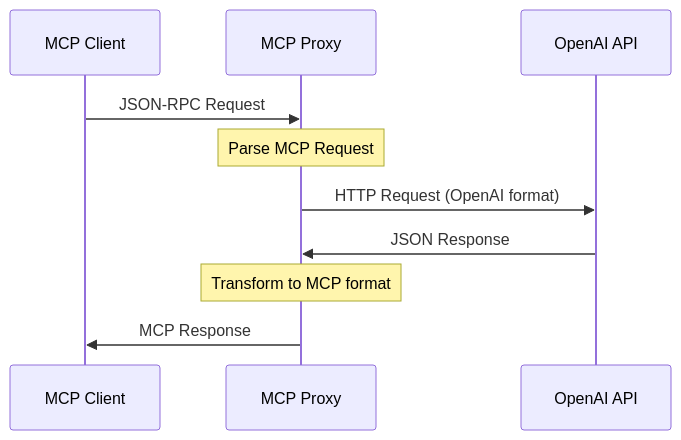
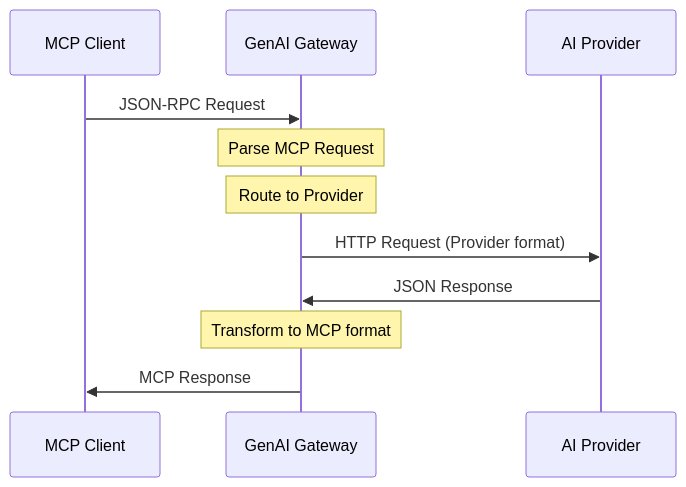
Before and after one commit to genai-tools/anygpt: the second of 2 diagrams in docs/spec/README.md, drawn with Mermaid. The commit also changed other lines of this file and 5 other files, not shown here.

Commit message:
docs: rename OpenAI Gateway to GenAI Gateway and add multi-provider support

````diff
--- a/docs/spec/README.md
+++ b/docs/spec/README.md
@@ -80,13 +115,14 @@
 ```mermaid
 sequenceDiagram
     participant Client as MCP Client
-    participant Proxy as MCP Proxy
-    participant API as OpenAI API
+    participant Gateway as GenAI Gateway
+    participant Provider as AI Provider
 
-    Client->>Proxy: JSON-RPC Request
-    Note over Proxy: Parse MCP Request
-    Proxy->>API: HTTP Request (OpenAI format)
-    API->>Proxy: JSON Response
-    Note over Proxy: Transform to MCP format
-    Proxy->>Client: MCP Response
+    Client->>Gateway: JSON-RPC Request
+    Note over Gateway: Parse MCP Request
+    Note over Gateway: Route to Provider
+    Gateway->>Provider: HTTP Request (Provider format)
+    Provider->>Gateway: JSON Response
+    Note over Gateway: Transform to MCP format
+    Gateway->>Client: MCP Response
 ```
````
